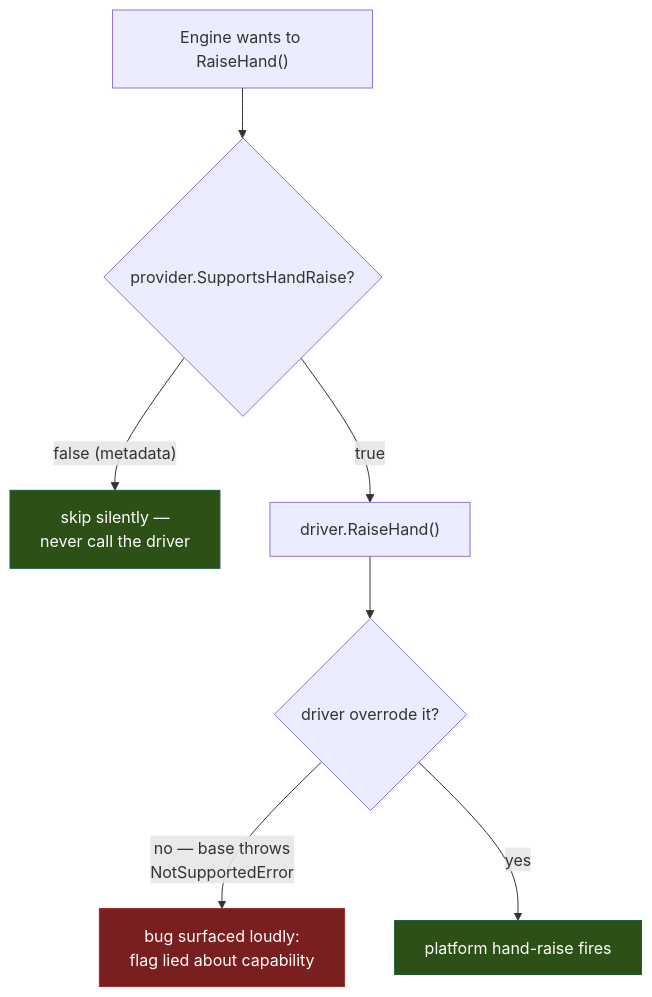
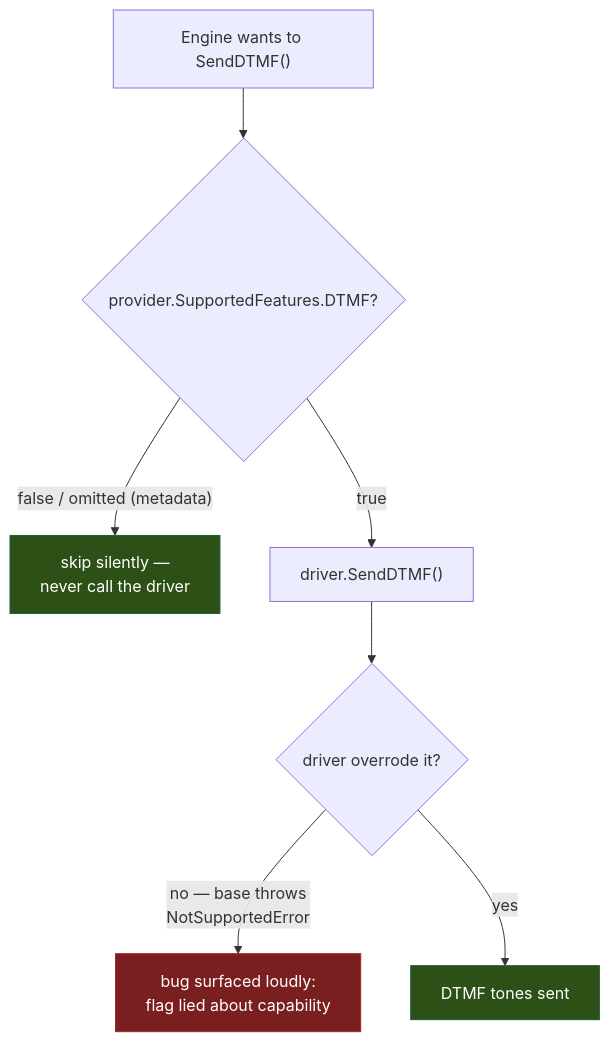
The third of 11 diagrams in plans/realtime/realtime-bridges-architecture.md (MemberJunction/MJ), drawn with Mermaid before and after one commit. The commit also changed other lines of this file and 3 other files, not shown here.

````diff
--- a/plans/realtime/realtime-bridges-architecture.md
+++ b/plans/realtime/realtime-bridges-architecture.md
@@ -153,13 +157,13 @@
 ```mermaid
 flowchart TD
-    A["Engine wants to RaiseHand()"] --> B{"provider.SupportsHandRaise?"}
-    B -->|"false (metadata)"| C["skip silently —<br/>never call the driver"]
-    B -->|"true"| D["driver.RaiseHand()"]
+    A["Engine wants to SendDTMF()"] --> B{"provider.SupportedFeatures.DTMF?"}
+    B -->|"false / omitted (metadata)"| C["skip silently —<br/>never call the driver"]
+    B -->|"true"| D["driver.SendDTMF()"]
     D --> E{"driver overrode it?"}
     E -->|"no — base throws<br/>NotSupportedError"| F["bug surfaced loudly:<br/>flag lied about capability"]
-    E -->|"yes"| G["platform hand-raise fires"]
+    E -->|"yes"| G["DTMF tones sent"]
 
     style C fill:#2d5016,stroke:#1a5c3a,color:#fff
     style F fill:#7a1f1f,stroke:#a02a2a,color:#fff
     style G fill:#2d5016,stroke:#1a5c3a,color:#fff
 ```
````
